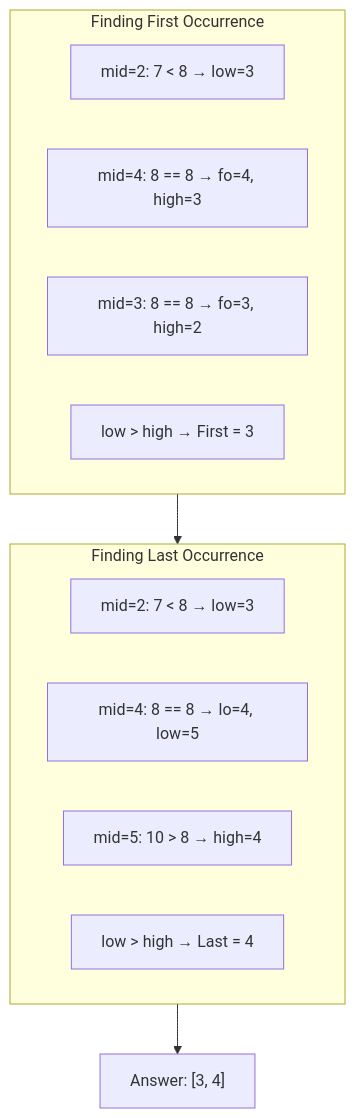
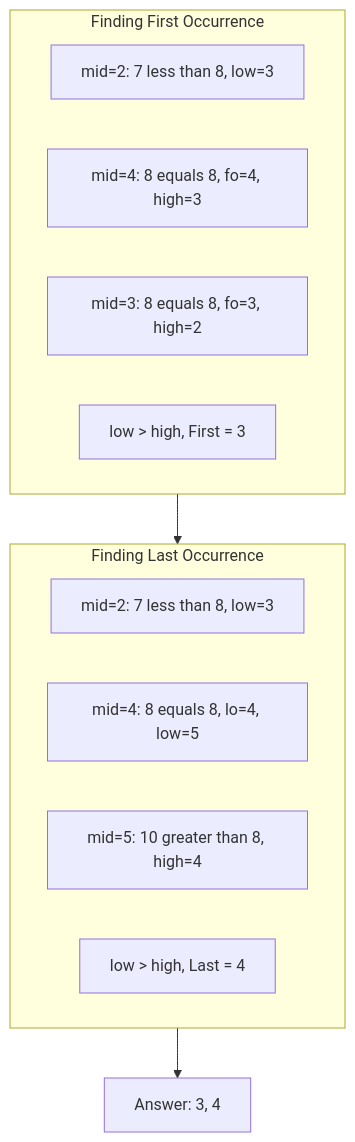
Before and after one commit to pentoshi007/tuf: the ninth of 14 diagrams in dsa/Advanced/04-Binary search/02-logic-building/logic-building-1.md, drawn with Mermaid. The commit also changed other lines of this file and 1 other file, not shown here.

First line of the commit message:
Fix Mermaid diagram syntax for GitHub compatibility

````diff
--- a/dsa/Advanced/04-Binary search/02-logic-building/logic-building-1.md
+++ b/dsa/Advanced/04-Binary search/02-logic-building/logic-building-1.md
@@ -569,18 +572,18 @@
 ```mermaid
 flowchart TB
     subgraph FindFirst["Finding First Occurrence"]
-        A1["mid=2: 7 < 8 → low=3"]
-        A2["mid=4: 8 == 8 → fo=4, high=3"]
-        A3["mid=3: 8 == 8 → fo=3, high=2"]
-        A4["low > high → First = 3"]
+        A1["mid=2: 7 less than 8, low=3"]
+        A2["mid=4: 8 equals 8, fo=4, high=3"]
+        A3["mid=3: 8 equals 8, fo=3, high=2"]
+        A4["low > high, First = 3"]
     end
     
     subgraph FindLast["Finding Last Occurrence"]
-        B1["mid=2: 7 < 8 → low=3"]
-        B2["mid=4: 8 == 8 → lo=4, low=5"]
-        B3["mid=5: 10 > 8 → high=4"]
-        B4["low > high → Last = 4"]
+        B1["mid=2: 7 less than 8, low=3"]
+        B2["mid=4: 8 equals 8, lo=4, low=5"]
+        B3["mid=5: 10 greater than 8, high=4"]
+        B4["low > high, Last = 4"]
     end
     
-    FindFirst --> FindLast --> Result["Answer: [3, 4]"]
+    FindFirst --> FindLast --> Result["Answer: 3, 4"]
 ```
````
